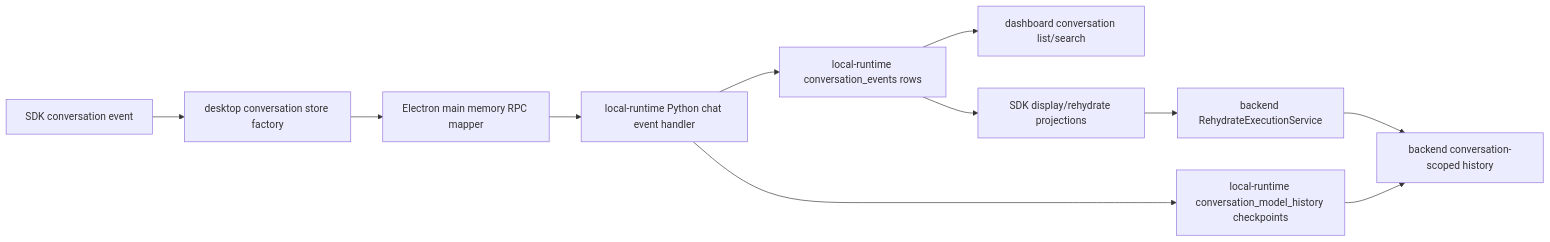
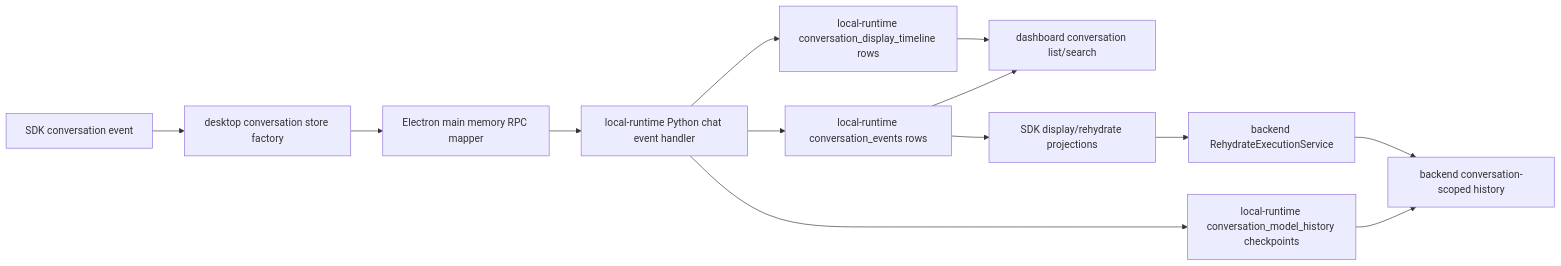
Before and after one commit to buiilding/My_Own_OpenClaw: the diagram in docs/memory/transcript_replay_change_workflow.md, drawn with Mermaid. The commit also changed other lines of this file and 21 other files, not shown here.

````diff
--- a/docs/memory/transcript_replay_change_workflow.md
+++ b/docs/memory/transcript_replay_change_workflow.md
@@ -20,13 +20,15 @@
 ```mermaid
 flowchart LR
     A["SDK conversation event"] --> B["desktop conversation store factory"]
     B --> C["Electron main memory RPC mapper"]
     C --> D["local-runtime Python chat event handler"]
     D --> E["local-runtime conversation_events rows"]
+    D --> T["local-runtime conversation_display_timeline rows"]
     D --> H["local-runtime conversation_model_history checkpoints"]
     E --> F["dashboard conversation list/search"]
     E --> G["SDK display/rehydrate projections"]
+    T --> F
     G --> I["backend RehydrateExecutionService"]
     H --> J["backend model-history install path"]
     I --> J["backend conversation-scoped history"]
 ```
````
